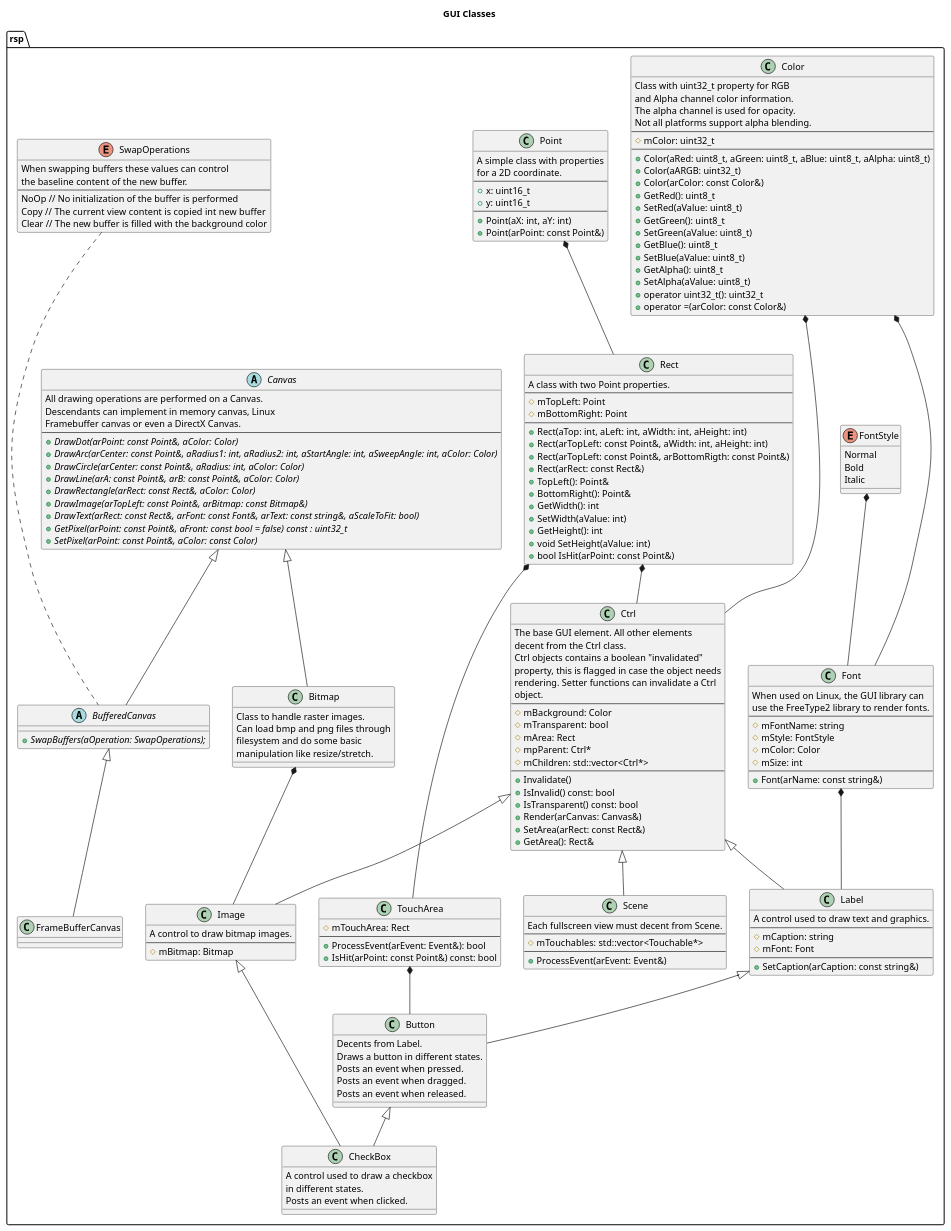
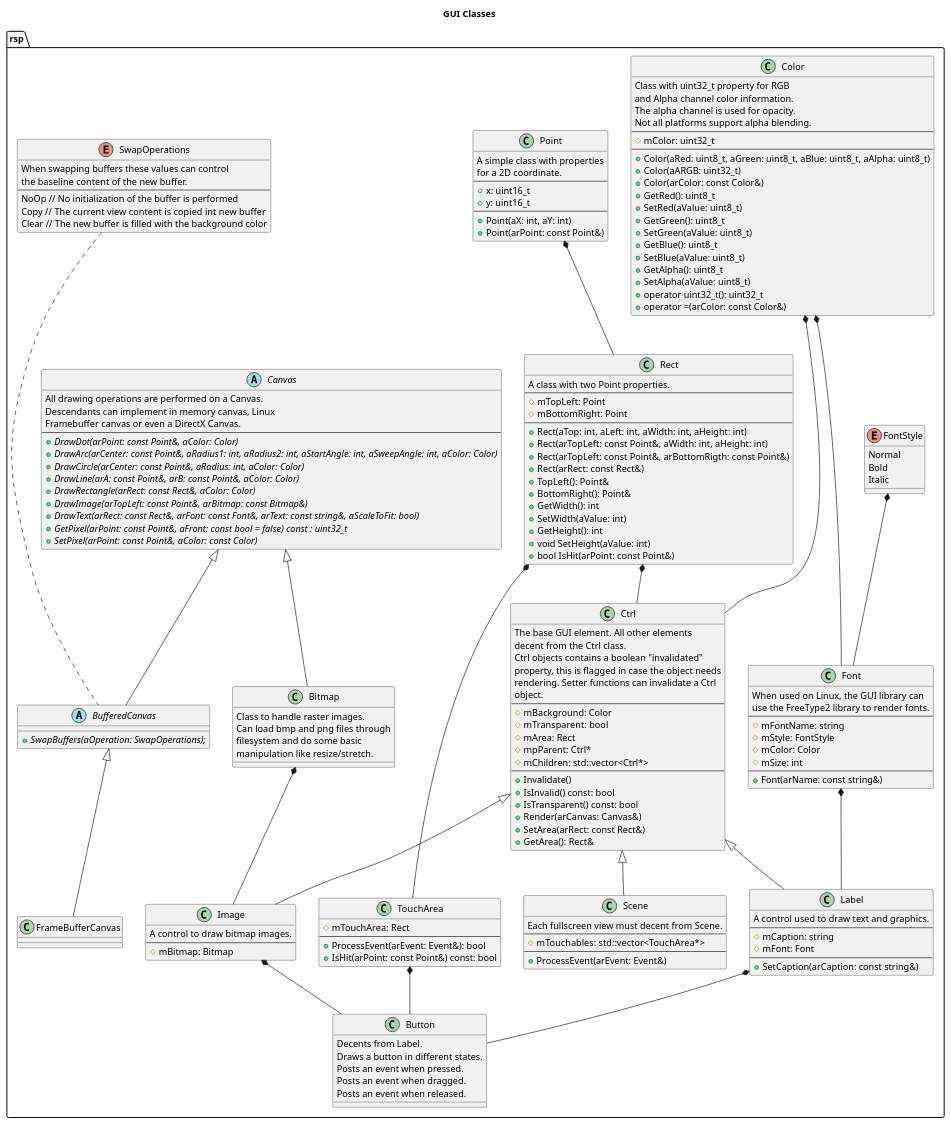
One commit to rsps/rsp-core-library changed the diagram in docs/uml/GUI Classes.puml. Above: the diagram before and after it, drawn with PlantUML.

Commit message:
Updated relations for Button

```diff
--- a/docs/uml/GUI Classes.puml
+++ b/docs/uml/GUI Classes.puml
@@ -157,7 +157,7 @@
 class Scene {
     Each fullscreen view must decent from Scene.
 --
-    #mTouchables: std::vector<Touchable*>
+    #mTouchables: std::vector<TouchArea*>
 --
     +ProcessEvent(arEvent: Event&)
 }
@@ -189,16 +189,17 @@
     Posts an event when dragged.
     Posts an event when released.
 }
-Label <|-- Button
+Label *-- Button
 TouchArea *-- Button
+Image *-- Button
 
-class CheckBox {
-    A control used to draw a checkbox
-    in different states.
-    Posts an event when clicked.
-}
-Button <|-- CheckBox
-Image <|-- CheckBox
+'class CheckBox {
+'    A control used to draw a checkbox
+'    in different states.
+'    Posts an event when clicked.
+'}
+'Button <|-- CheckBox
+'Image <|-- CheckBox
 
 }
 
```
